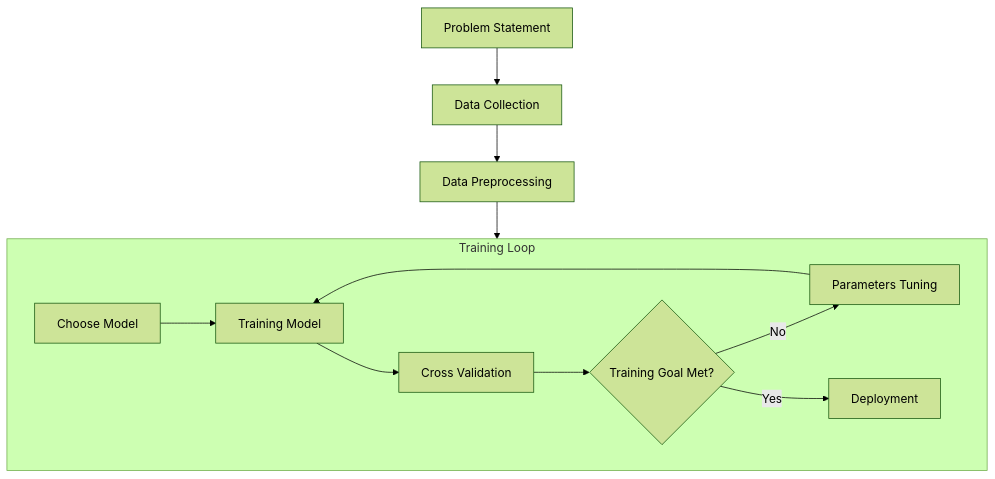
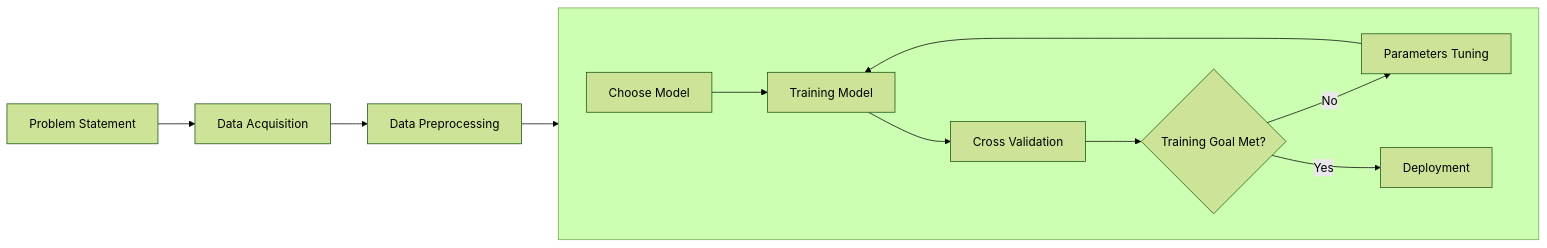
The first of 3 diagrams in flowchart_test-1.md (Yohansgit/Machine-Learning_Models_Projects), drawn with Mermaid (forest theme) before and after one commit.

````diff
--- a/flowchart_test-1.md
+++ b/flowchart_test-1.md
@@ -1,21 +1,22 @@
 ```mermaid
-flowchart TD
-    A[Problem Statement] --> B[Data Collection]
-    B --> C[Data Preprocessing]
+flowchart LR
+    %% Top horizontal row
+    A[Problem Statement] --> B[Data Acquisition] --> C[Data Preprocessing]
+
+    %% Downward to model choice 
     C --> D[Choose Model]
 
-    %% Dashed box
-    subgraph Training Loop
+    %% Training loop
+    subgraph Training_Loop [ ]
     direction LR
-
         D --> E[Training Model]
         E --> F[Cross Validation]
         F --> G{Training Goal Met?}
 
         G -- No --> H[Parameters Tuning]
         H --> E
 
         G -- Yes --> I[Deployment]
 
     end
 ```
````
